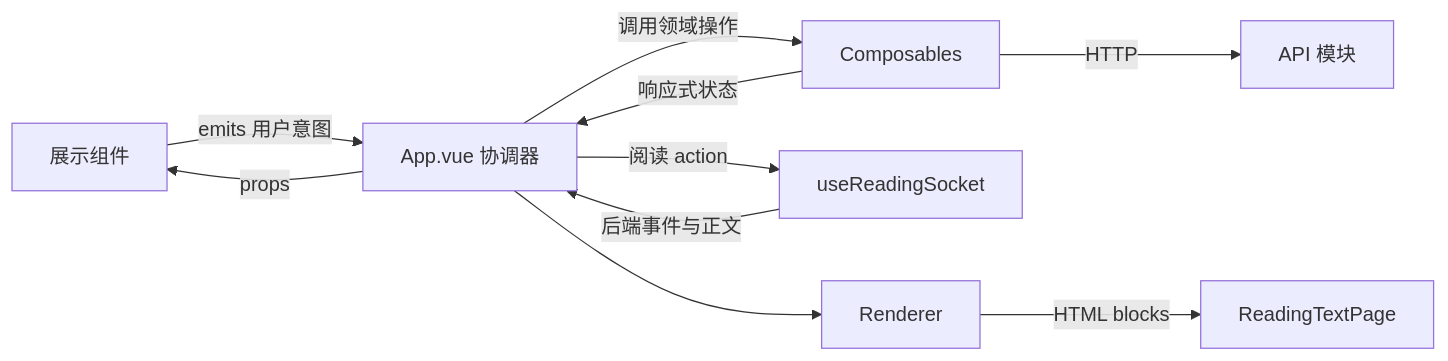
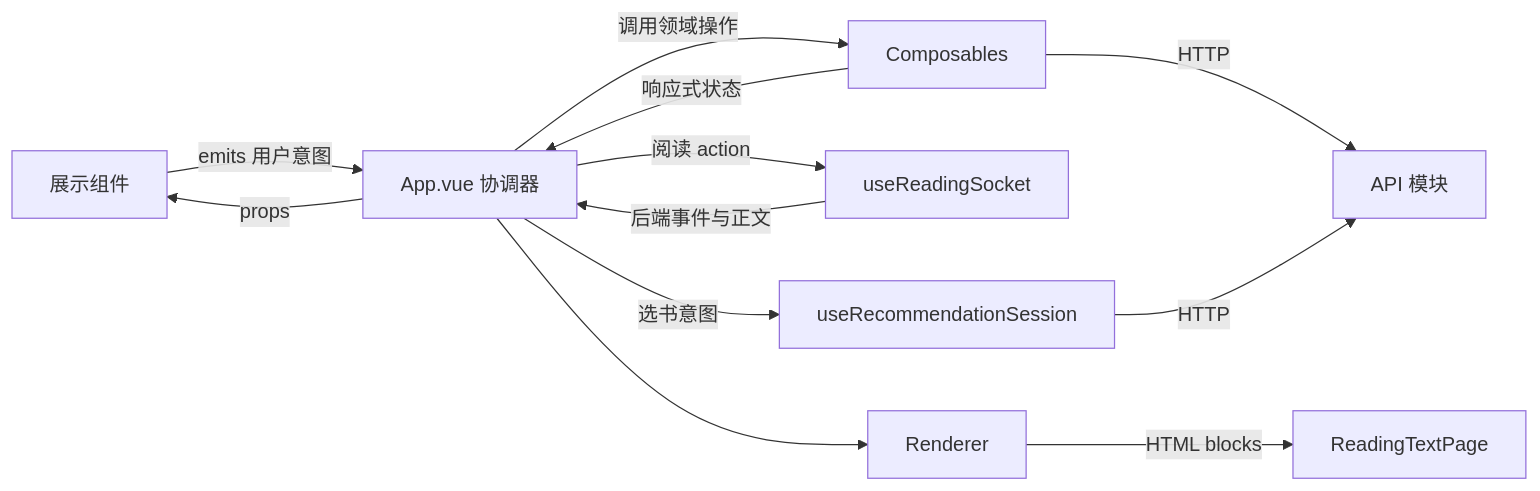
The diagram in frontend/src/README.md (Handao-dao/superHP-ReadingAgent), drawn with Mermaid before and after one commit. The commit also changed other lines of this file and 9 other files, not shown here.

````diff
--- a/frontend/src/README.md
+++ b/frontend/src/README.md
@@ -108,12 +111,14 @@
 ```mermaid
 flowchart LR
     UI["展示组件"] -->|emits 用户意图| APP["App.vue 协调器"]
     APP -->|调用领域操作| C["Composables"]
     C -->|HTTP| API["API 模块"]
     C -->|响应式状态| APP
     APP -->|props| UI
     APP -->|阅读 action| WS["useReadingSocket"]
+    APP -->|选书意图| REC["useRecommendationSession"]
+    REC -->|HTTP| API
     WS -->|后端事件与正文| APP
     APP --> R["Renderer"]
     R -->|HTML blocks| TEXT["ReadingTextPage"]
 ```
````
